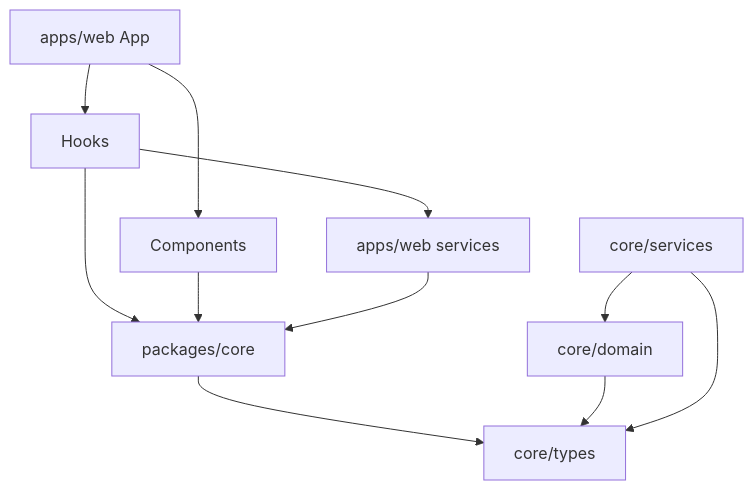
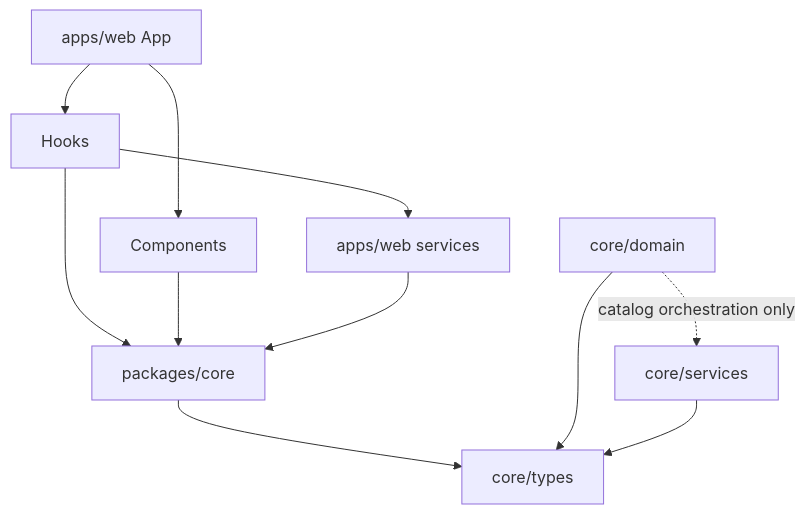
One commit to ahhrealmonstr/lego-tracker changed the first of 3 diagrams in docs/architecture.md. Above: the diagram before and after it, drawn with Mermaid. The commit also changed other lines of this file and 1 other file, not shown here.

````diff
--- a/docs/architecture.md
+++ b/docs/architecture.md
@@ -35,13 +35,13 @@
 ```mermaid
 flowchart TD
   App[apps/web App] --> Components
   App --> Hooks
   Hooks --> AppServices[apps/web services]
   Hooks --> Core[packages/core]
   Components --> Core
   AppServices --> Core
   Core --> Types[core/types]
   Core_Domain[core/domain] --> Types
   Core_Services[core/services] --> Types
-  Core_Services --> Core_Domain
+  Core_Domain -. catalog orchestration only .-> Core_Services
 ```
````
